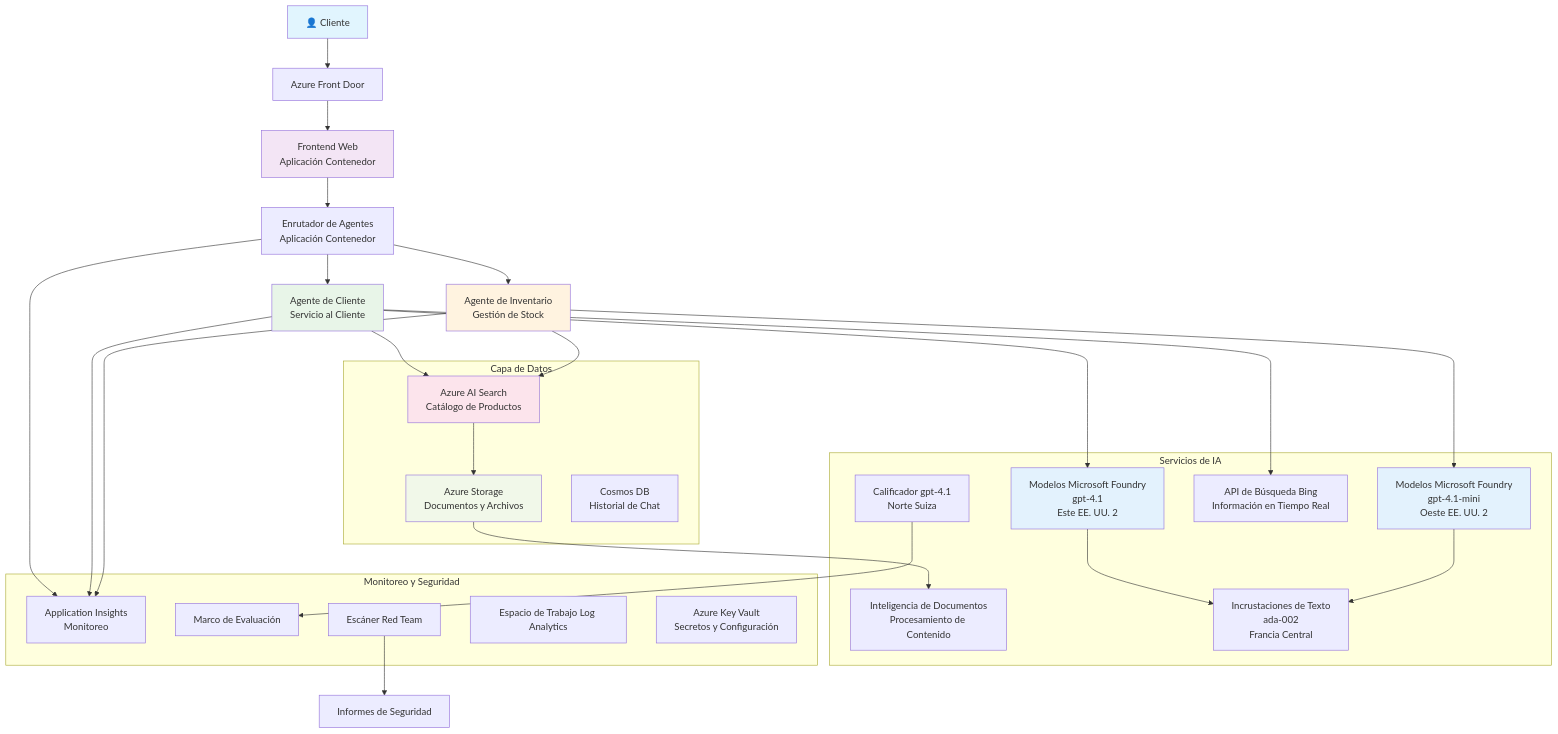
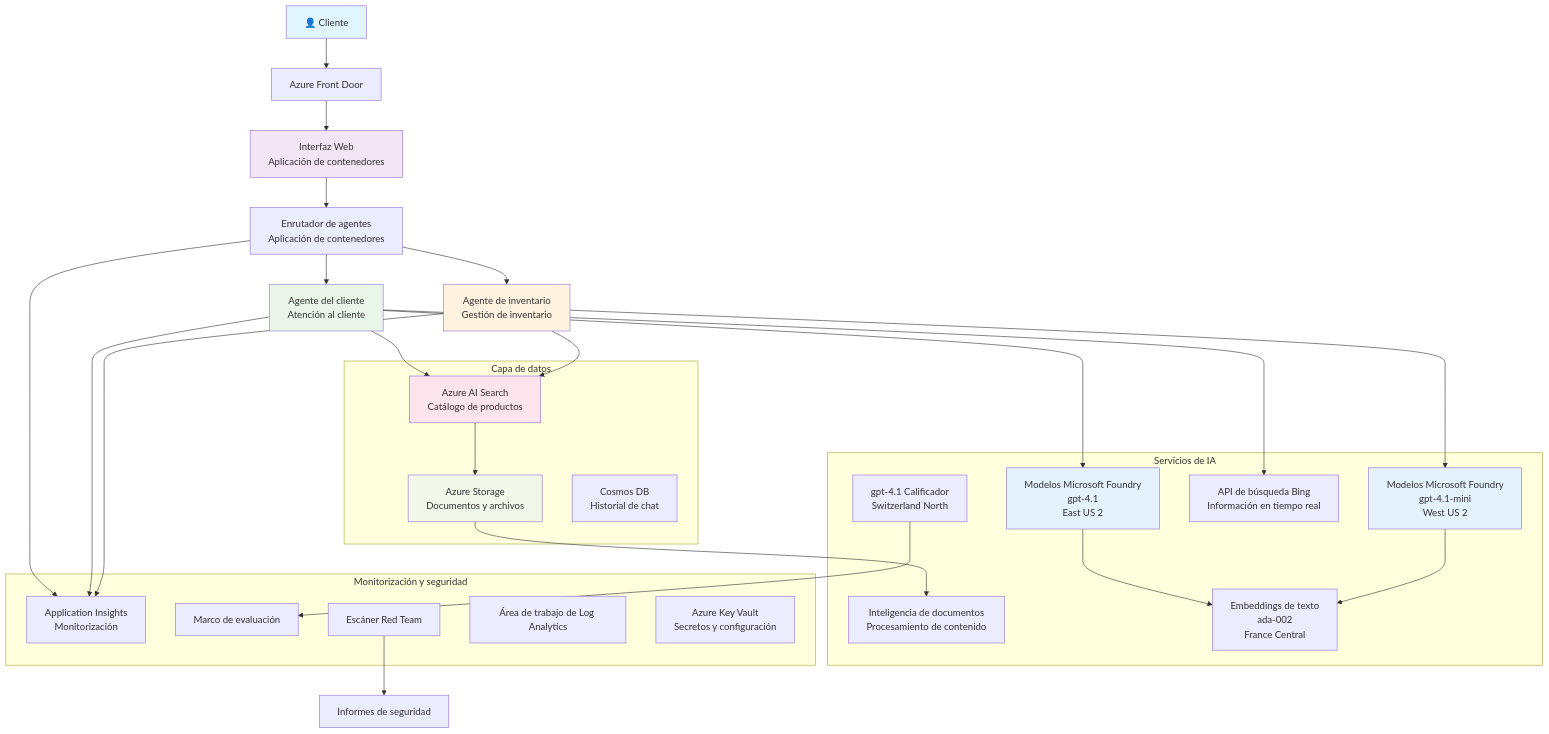
Before and after one commit to microsoft/AZD-for-beginners: the diagram in translations/es/examples/retail-scenario.md, drawn with Mermaid. The commit also changed other lines of this file and 104 other files, not shown here.

````diff
--- a/translations/es/examples/retail-scenario.md
+++ b/translations/es/examples/retail-scenario.md
@@ -139,61 +139,61 @@
 ```mermaid
 graph TB
     User[👤 Cliente] --> LB[Azure Front Door]
-    LB --> WebApp[Frontend Web<br/>Aplicación Contenedor]
+    LB --> WebApp[Interfaz Web<br/>Aplicación de contenedores]
     
-    WebApp --> Router[Enrutador de Agentes<br/>Aplicación Contenedor]
-    Router --> CustomerAgent[Agente de Cliente<br/>Servicio al Cliente]
-    Router --> InvAgent[Agente de Inventario<br/>Gestión de Stock]
+    WebApp --> Router[Enrutador de agentes<br/>Aplicación de contenedores]
+    Router --> CustomerAgent[Agente del cliente<br/>Atención al cliente]
+    Router --> InvAgent[Agente de inventario<br/>Gestión de inventario]
     
-    CustomerAgent --> OpenAI1[Modelos Microsoft Foundry<br/>gpt-4.1<br/>Este EE. UU. 2]
-    InvAgent --> OpenAI2[Modelos Microsoft Foundry<br/>gpt-4.1-mini<br/>Oeste EE. UU. 2]
+    CustomerAgent --> OpenAI1[Modelos Microsoft Foundry<br/>gpt-4.1<br/>East US 2]
+    InvAgent --> OpenAI2[Modelos Microsoft Foundry<br/>gpt-4.1-mini<br/>West US 2]
     
-    CustomerAgent --> AISearch[Azure AI Search<br/>Catálogo de Productos]
-    CustomerAgent --> BingSearch[API de Búsqueda Bing<br/>Información en Tiempo Real]
+    CustomerAgent --> AISearch[Azure AI Search<br/>Catálogo de productos]
+    CustomerAgent --> BingSearch[API de búsqueda Bing<br/>Información en tiempo real]
     InvAgent --> AISearch
     
-    AISearch --> Storage[Azure Storage<br/>Documentos y Archivos]
-    Storage --> DocIntel[Inteligencia de Documentos<br/>Procesamiento de Contenido]
+    AISearch --> Storage[Azure Storage<br/>Documentos y archivos]
+    Storage --> DocIntel[Inteligencia de documentos<br/>Procesamiento de contenido]
     
-    OpenAI1 --> Embeddings[Incrustaciones de Texto<br/>ada-002<br/>Francia Central]
+    OpenAI1 --> Embeddings[Embeddings de texto<br/>ada-002<br/>France Central]
     OpenAI2 --> Embeddings
     
-    Router --> AppInsights[Application Insights<br/>Monitoreo]
+    Router --> AppInsights[Application Insights<br/>Monitorización]
     CustomerAgent --> AppInsights
     InvAgent --> AppInsights
     
-    GraderModel[Calificador gpt-4.1<br/>Norte Suiza] --> Evaluation[Marco de Evaluación]
-    RedTeam[Escáner Red Team] --> SecurityReports[Informes de Seguridad]
+    GraderModel[gpt-4.1 Calificador<br/>Switzerland North] --> Evaluation[Marco de evaluación]
+    RedTeam[Escáner Red Team] --> SecurityReports[Informes de seguridad]
     
-    subgraph "Capa de Datos"
+    subgraph "Capa de datos"
         Storage
         AISearch
-        CosmosDB[Cosmos DB<br/>Historial de Chat]
+        CosmosDB[Cosmos DB<br/>Historial de chat]
     end
     
     subgraph "Servicios de IA"
         OpenAI1
         OpenAI2
         Embeddings
         GraderModel
         DocIntel
         BingSearch
     end
     
-    subgraph "Monitoreo y Seguridad"
+    subgraph "Monitorización y seguridad"
         AppInsights
-        LogAnalytics[Espacio de Trabajo Log Analytics]
-        KeyVault[Azure Key Vault<br/>Secretos y Configuración]
+        LogAnalytics[Área de trabajo de Log Analytics]
+        KeyVault[Azure Key Vault<br/>Secretos y configuración]
         RedTeam
         Evaluation
     end
     
     style User fill:#e1f5fe
     style WebApp fill:#f3e5f5
     style CustomerAgent fill:#e8f5e8
     style InvAgent fill:#fff3e0
     style OpenAI1 fill:#e3f2fd
     style OpenAI2 fill:#e3f2fd
     style AISearch fill:#fce4ec
     style Storage fill:#f1f8e9
-```  
+```
````
